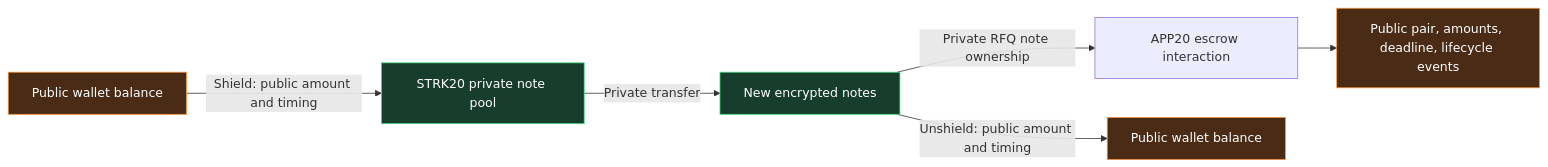
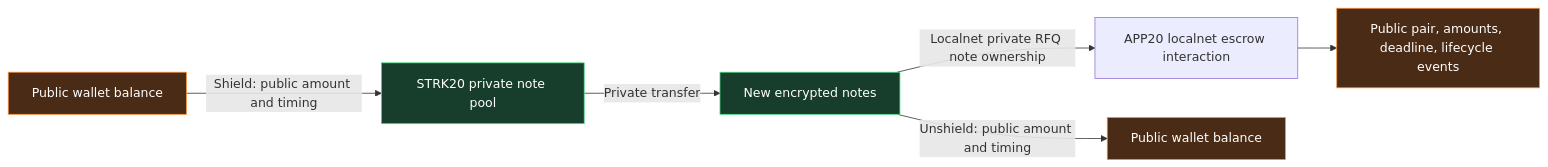
One commit to gstohl/app20 changed the second of 8 diagrams in docs/APP20_PROCESS_DIAGRAMS.md. Above: the diagram before and after it, drawn with Mermaid. The commit also changed other lines of this file and 212 other files, not shown here.

````diff
--- a/docs/APP20_PROCESS_DIAGRAMS.md
+++ b/docs/APP20_PROCESS_DIAGRAMS.md
@@ -38,14 +38,14 @@
 ```mermaid
 flowchart LR
     A[Public wallet balance] -->|Shield: public amount and timing| P[STRK20 private note pool]
     P -->|Private transfer| Q[New encrypted notes]
-    Q -->|Private RFQ note ownership| E[APP20 escrow interaction]
+    Q -->|Localnet private RFQ note ownership| E[APP20 localnet escrow interaction]
     Q -->|Unshield: public amount and timing| B[Public wallet balance]
 
     E --> C[Public pair, amounts, deadline, lifecycle events]
 
     classDef private fill:#173d2d,stroke:#4ade80,color:#ffffff;
     classDef public fill:#4a2b16,stroke:#fb923c,color:#ffffff;
     class P,Q private;
     class A,B,C public;
 ```
````
